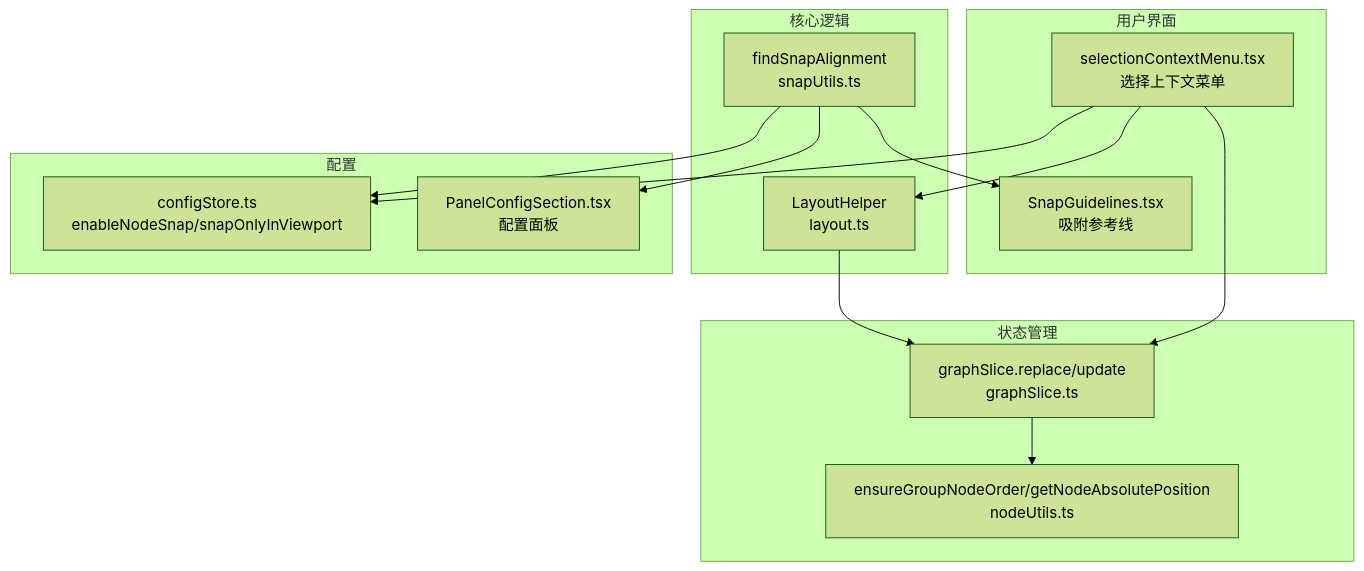
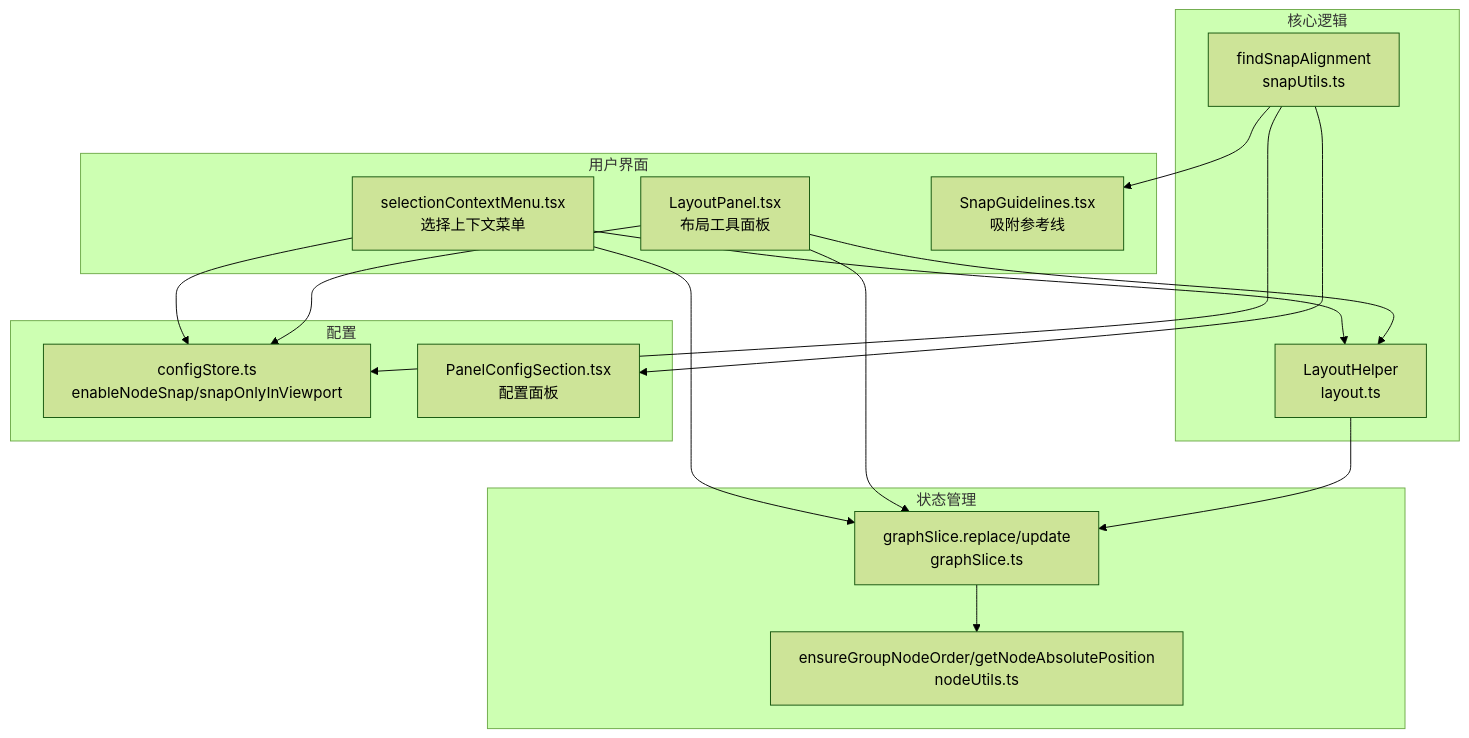
One commit to kqcoxn/MaaPipelineEditor changed the first of 8 diagrams in .qoder/repowiki/zh/content/工作流编辑器/布局算法.md. Above: the diagram before and after it, drawn with Mermaid (forest theme). The commit also changed other lines of this file and 35 other files, not shown here.

````diff
--- a/.qoder/repowiki/zh/content/工作流编辑器/布局算法.md
+++ b/.qoder/repowiki/zh/content/工作流编辑器/布局算法.md
@@ -51,27 +54,31 @@
 ```mermaid
 graph TB
 subgraph "用户界面"
 SCM["selectionContextMenu.tsx<br/>选择上下文菜单"]
+LP["LayoutPanel.tsx<br/>布局工具面板"]
 SG["SnapGuidelines.tsx<br/>吸附参考线"]
 end
 subgraph "核心逻辑"
 LH["LayoutHelper<br/>layout.ts"]
 SU["findSnapAlignment<br/>snapUtils.ts"]
 end
 subgraph "状态管理"
 GS["graphSlice.replace/update<br/>graphSlice.ts"]
 NU["ensureGroupNodeOrder/getNodeAbsolutePosition<br/>nodeUtils.ts"]
 end
 subgraph "配置"
 CS["configStore.ts<br/>enableNodeSnap/snapOnlyInViewport"]
 PCS["PanelConfigSection.tsx<br/>配置面板"]
 end
 SCM --> LH
+LP --> LH
 SCM --> GS
+LP --> GS
 SCM --> CS
+LP --> CS
 LH --> GS
 SU --> SG
 SU --> CS
 SU --> PCS
 GS --> NU
 ```
````
